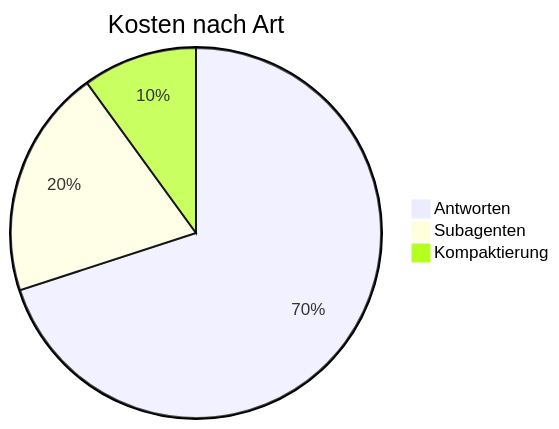
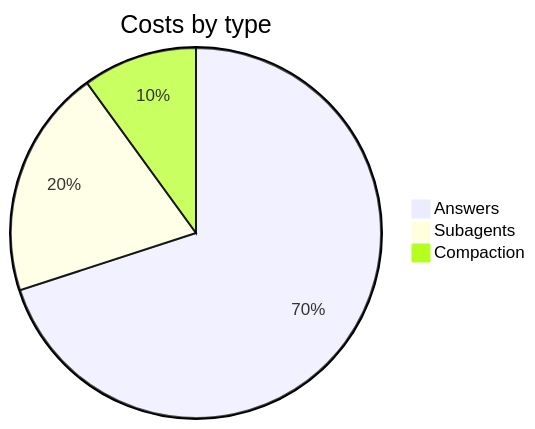
One commit to pschroee/agri-gaia-agent-gateway changed the ninth of 9 diagrams in images/agw-basis/skills/mermaid/SKILL.md. Above: the diagram before and after it, drawn with Mermaid. The commit also changed other lines of this file and 25 other files, not shown here.

````diff
--- a/images/agw-basis/skills/mermaid/SKILL.md
+++ b/images/agw-basis/skills/mermaid/SKILL.md
@@ -172,6 +172,6 @@
 ```mermaid
-pie title Kosten nach Art
-  "Antworten" : 70
-  "Subagenten" : 20
-  "Kompaktierung" : 10
+pie title Costs by type
+  "Answers" : 70
+  "Subagents" : 20
+  "Compaction" : 10
 ```
````
